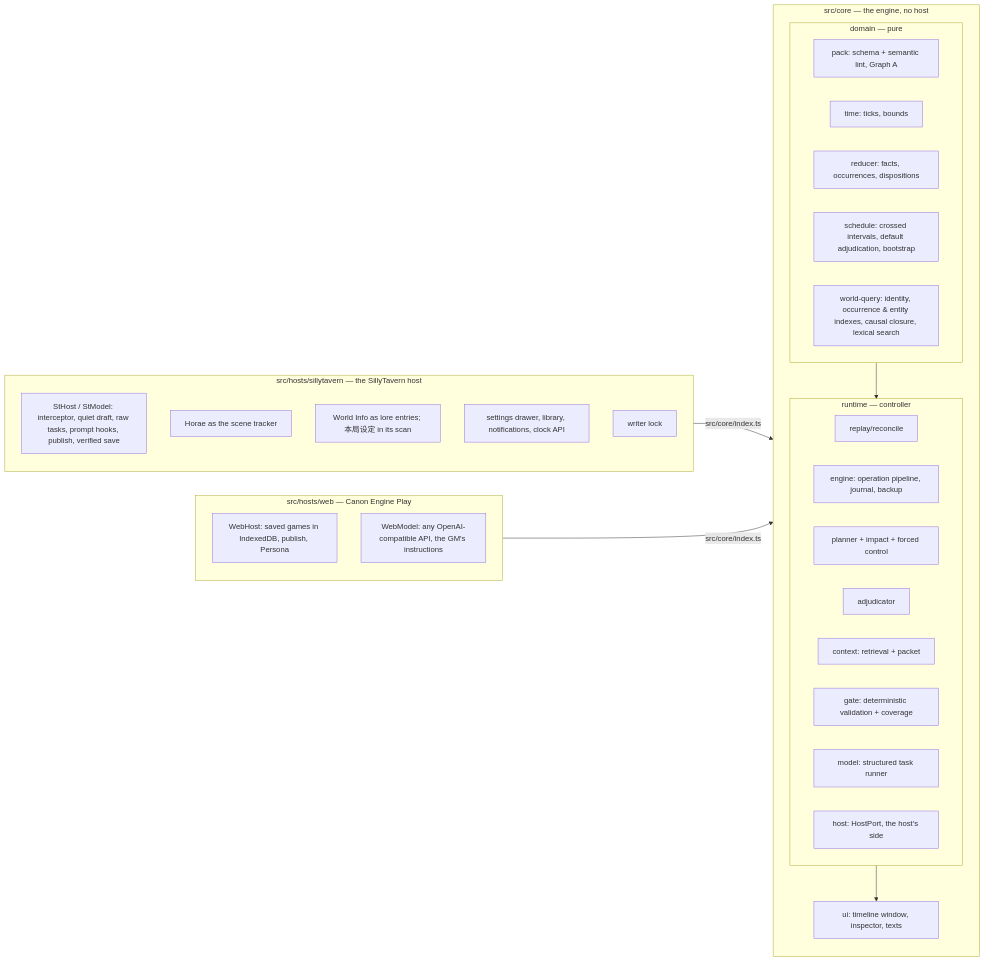
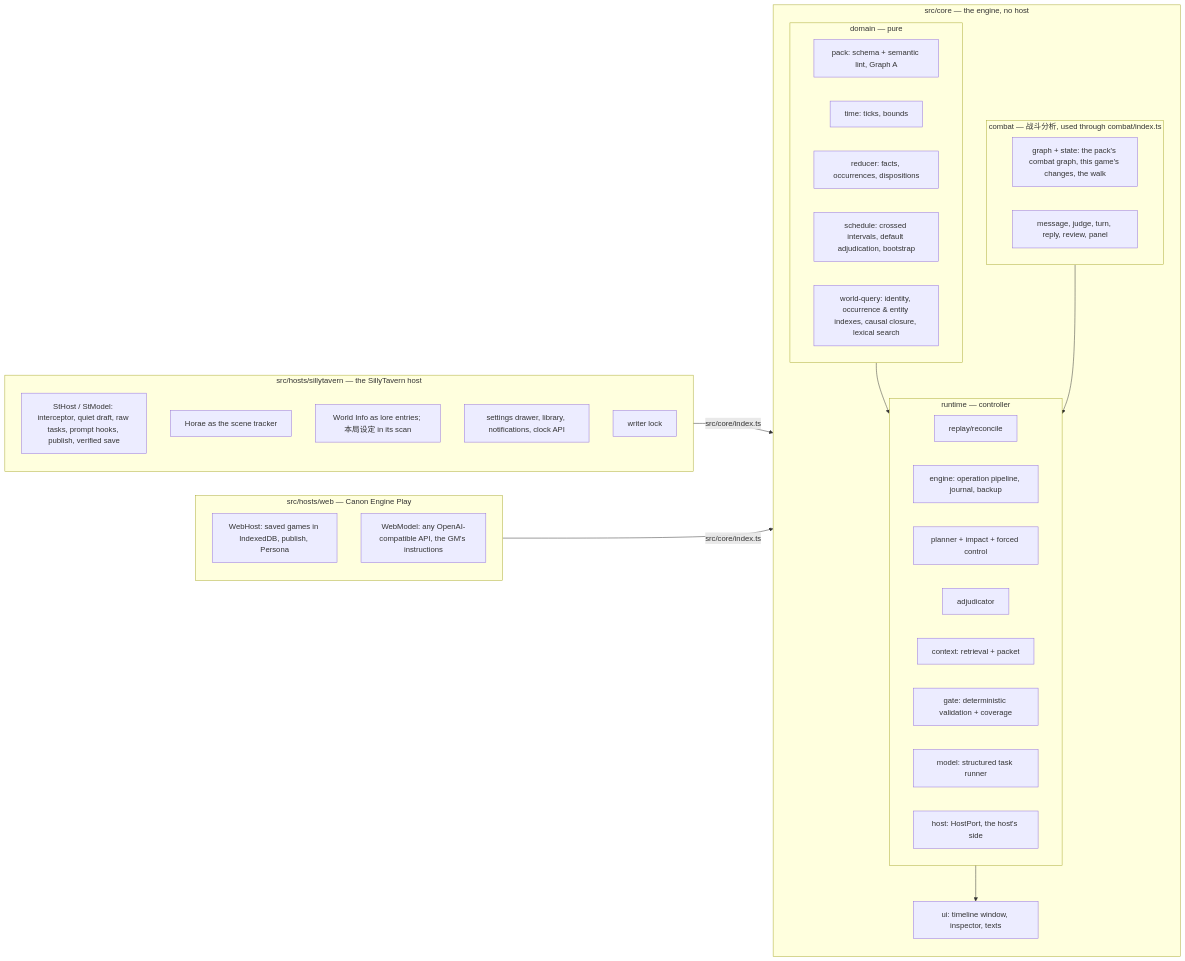
Before and after one commit to TaihouKai/SillyTavern-CanonEngine: the first of 2 diagrams in docs/ARCHITECTURE.md, drawn with Mermaid. The commit also changed other lines of this file and 25 other files, not shown here.

````diff
--- a/docs/ARCHITECTURE.md
+++ b/docs/ARCHITECTURE.md
@@ -13,38 +13,43 @@
 ```mermaid
 flowchart LR
   subgraph core [src/core — the engine, no host]
   subgraph domain [domain — pure]
     pack[pack: schema + semantic lint, Graph A]
     time[time: ticks, bounds]
     red[reducer: facts, occurrences, dispositions]
     sch[schedule: crossed intervals, default adjudication, bootstrap]
     wq[world-query: identity, occurrence & entity indexes, causal closure, lexical search]
   end
   subgraph runtime [runtime — controller]
     rep[replay/reconcile]
     eng[engine: operation pipeline, journal, backup]
     pl[planner + impact + forced control]
     adj[adjudicator]
     ctx[context: retrieval + packet]
     gate[gate: deterministic validation + coverage]
     mdl[model: structured task runner]
     port[host: HostPort, the host's side]
   end
+  subgraph combat [combat — 战斗分析, used through combat/index.ts]
+    cgraph[graph + state: the pack's combat graph, this game's changes, the walk]
+    cjudge[message, judge, turn, reply, review, panel]
+  end
   cui[ui: timeline window, inspector, texts]
   end
   subgraph st [src/hosts/sillytavern — the SillyTavern host]
     sth[StHost / StModel: interceptor, quiet draft, raw tasks, prompt hooks, publish, verified save]
     hor[Horae as the scene tracker]
     lore[World Info as lore entries; 本局设定 in its scan]
     stui[settings drawer, library, notifications, clock API]
     lock[writer lock]
   end
   subgraph web [src/hosts/web — Canon Engine Play]
     wh[WebHost: saved games in IndexedDB, publish, Persona]
     wm[WebModel: any OpenAI-compatible API, the GM's instructions]
   end
   domain --> runtime
+  combat --> runtime
   runtime --> cui
   st -->|src/core/index.ts| core
   web -->|src/core/index.ts| core
 ```
````
